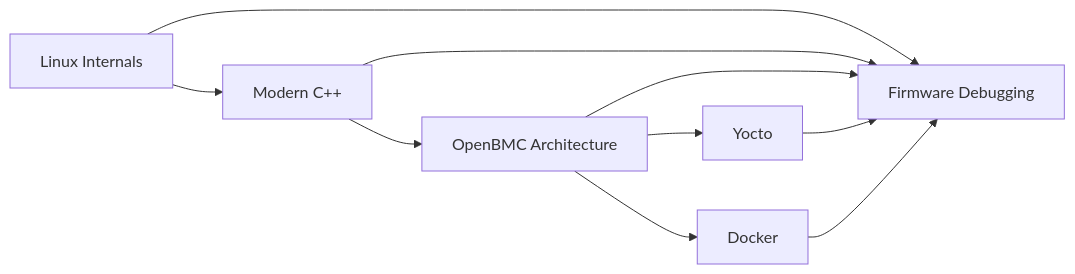
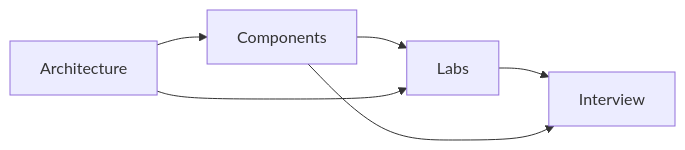
One commit to tangchiehyao-notes/firmware-learning changed the diagram in docs/learning-roadmap.md. Above: the diagram before and after it, drawn with Mermaid. The commit also changed other lines of this file and 46 other files, not shown here.

Commit message:
Redesign firmware learning roadmap

````diff
--- a/docs/learning-roadmap.md
+++ b/docs/learning-roadmap.md
@@ -11,12 +13,8 @@
 ```mermaid
 flowchart LR
-    A[Linux Internals] --> B[Modern C++]
-    B --> C[OpenBMC Architecture]
-    C --> D[Yocto]
-    C --> E[Docker]
-    A --> F[Firmware Debugging]
-    B --> F
-    C --> F
-    D --> F
-    E --> F
+    A[Architecture] --> B[Components]
+    B --> C[Labs]
+    C --> D[Interview]
+    A --> C
+    B --> D
 ```
````
